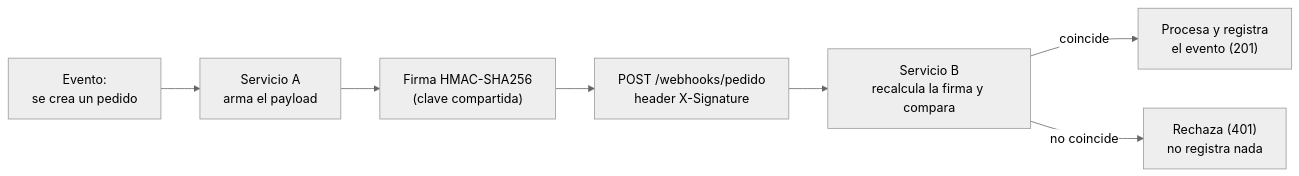
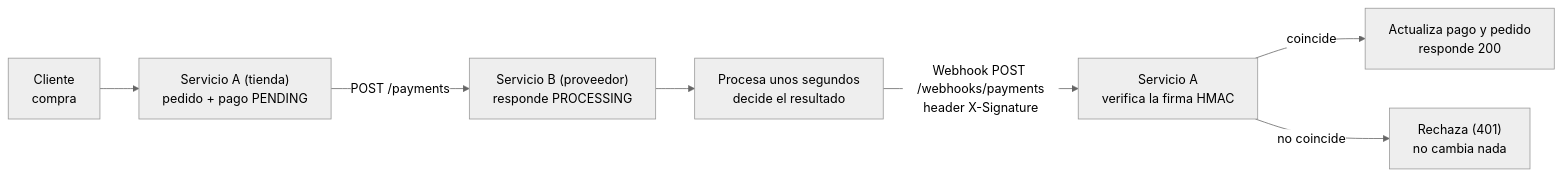
One commit to Camilo-FG/investigacion-webhooks-infra- changed the first of 2 diagrams in README.md. Above: the diagram before and after it, drawn with Mermaid (neutral theme). The commit also changed other lines of this file and 4 other files, not shown here.

````diff
--- a/README.md
+++ b/README.md
@@ -30,9 +30,9 @@
 ```mermaid
 flowchart LR
-    T["Evento:<br/>se crea un pedido"] --> A1["Servicio A<br/>arma el payload"]
-    A1 --> S["Firma HMAC-SHA256<br/>(clave compartida)"]
-    S --> P["POST /webhooks/pedido<br/>header X-Signature"]
-    P --> B1["Servicio B<br/>recalcula la firma y compara"]
-    B1 -->|coincide| OK["Procesa y registra<br/>el evento (201)"]
-    B1 -->|no coincide| NO["Rechaza (401)<br/>no registra nada"]
+    C["Cliente<br/>compra"] --> A1["Servicio A (tienda)<br/>pedido + pago PENDING"]
+    A1 -->|POST /payments| B1["Servicio B (proveedor)<br/>responde PROCESSING"]
+    B1 --> P["Procesa unos segundos<br/>decide el resultado"]
+    P -->|"Webhook POST /webhooks/payments<br/>header X-Signature"| A2["Servicio A<br/>verifica la firma HMAC"]
+    A2 -->|coincide| OK["Actualiza pago y pedido<br/>responde 200"]
+    A2 -->|no coincide| NO["Rechaza (401)<br/>no cambia nada"]
 ```
````
